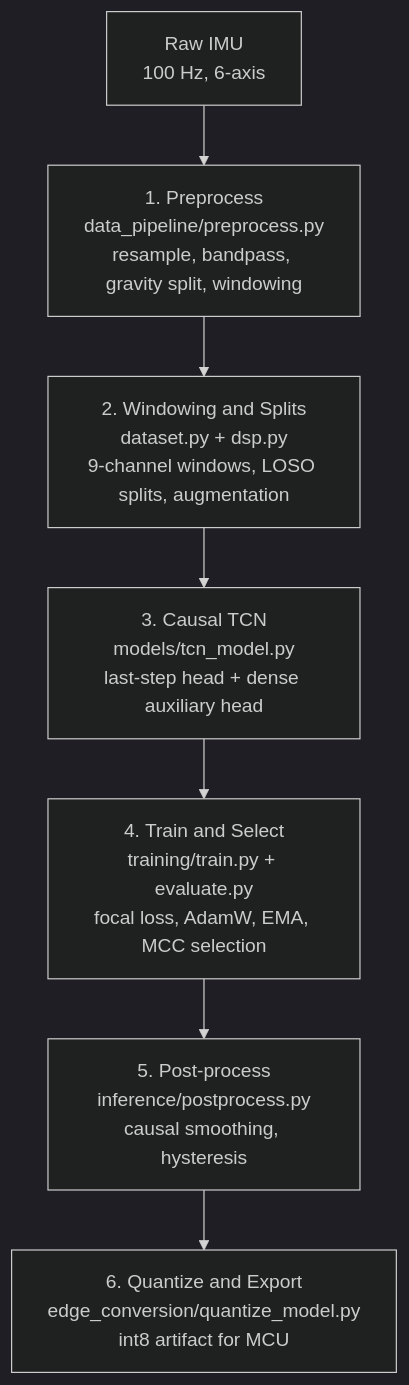
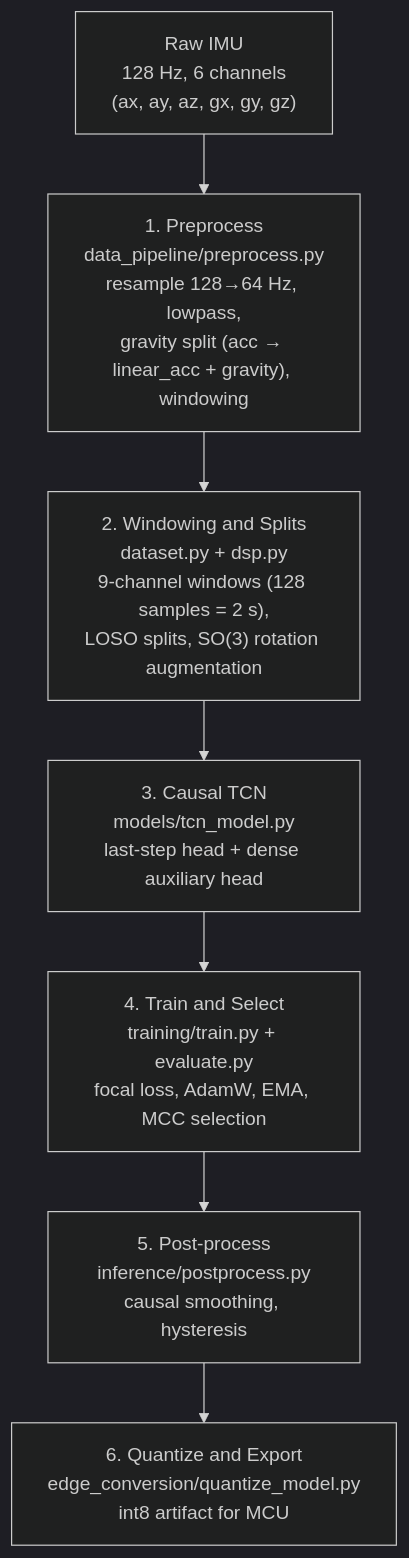
Before and after one commit to truong-tt/HopeGait-FoG_Detection_via_IMU_and_ML: the diagram in README.md, drawn with Mermaid (dark theme). The commit also changed other lines of this file and 32 other files, not shown here.

````diff
--- a/README.md
+++ b/README.md
@@ -39,11 +39,11 @@
 ```mermaid
 flowchart TD
-    A["Raw IMU<br/>100 Hz, 6-axis"]
-    B["1. Preprocess<br/>data_pipeline/preprocess.py<br/>resample, bandpass, gravity split, windowing"]
-    C["2. Windowing and Splits<br/>dataset.py + dsp.py<br/>9-channel windows, LOSO splits, augmentation"]
+    A["Raw IMU<br/>128 Hz, 6 channels<br/>(ax, ay, az, gx, gy, gz)"]
+    B["1. Preprocess<br/>data_pipeline/preprocess.py<br/>resample 128→64 Hz, lowpass,<br/>gravity split (acc → linear_acc + gravity), windowing"]
+    C["2. Windowing and Splits<br/>dataset.py + dsp.py<br/>9-channel windows (128 samples = 2 s),<br/>LOSO splits, SO(3) rotation augmentation"]
     D["3. Causal TCN<br/>models/tcn_model.py<br/>last-step head + dense auxiliary head"]
     E["4. Train and Select<br/>training/train.py + evaluate.py<br/>focal loss, AdamW, EMA, MCC selection"]
     F["5. Post-process<br/>inference/postprocess.py<br/>causal smoothing, hysteresis"]
     G["6. Quantize and Export<br/>edge_conversion/quantize_model.py<br/>int8 artifact for MCU"]
     A --> B --> C --> D --> E --> F --> G
 ```
````
